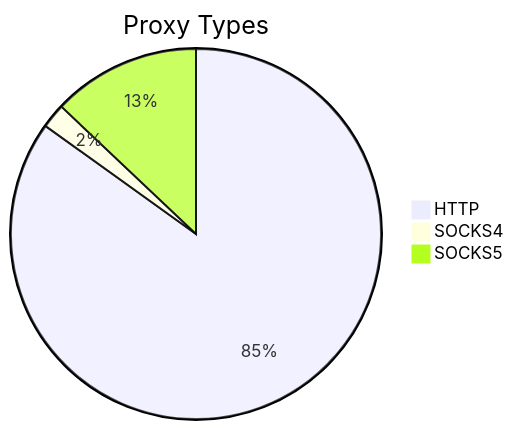
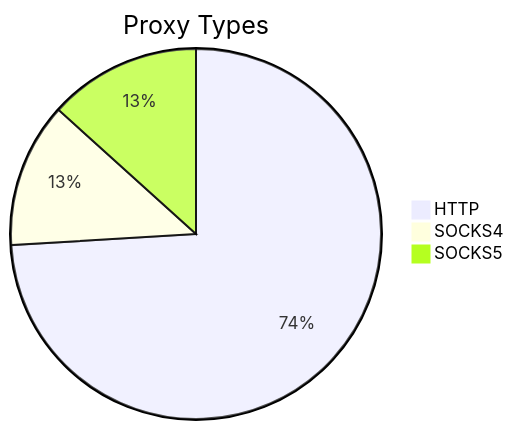
The first of 2 diagrams in README.md (stormsia/proxy-list), drawn with Mermaid before and after one commit. The commit also changed other lines of this file, not shown here.

````diff
--- a/README.md
+++ b/README.md
@@ -21,6 +21,6 @@
 ```mermaid
 pie title Proxy Types
-    "HTTP" : 315
-    "SOCKS4" : 8
-    "SOCKS5" : 48
+    "HTTP" : 562
+    "SOCKS4" : 96
+    "SOCKS5" : 101
 ```
````
